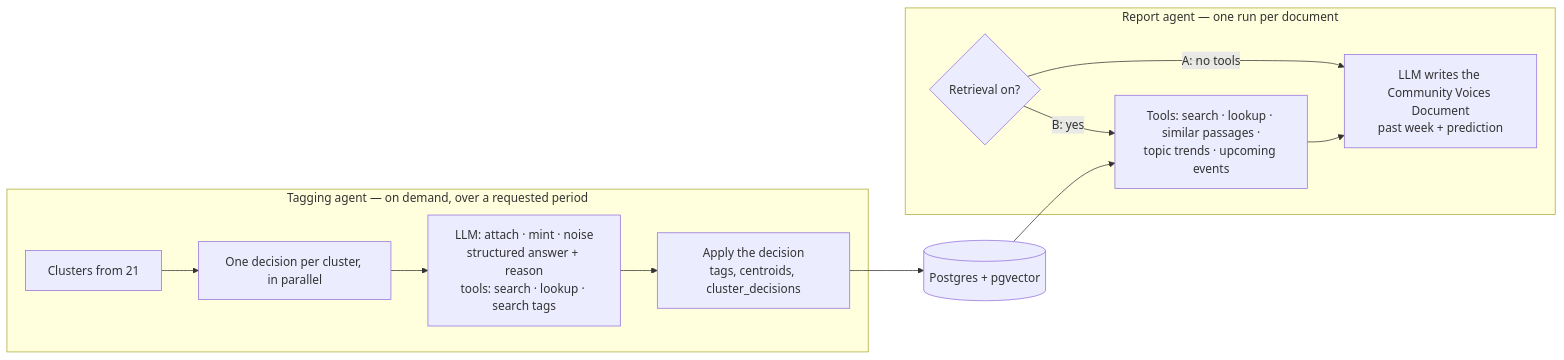
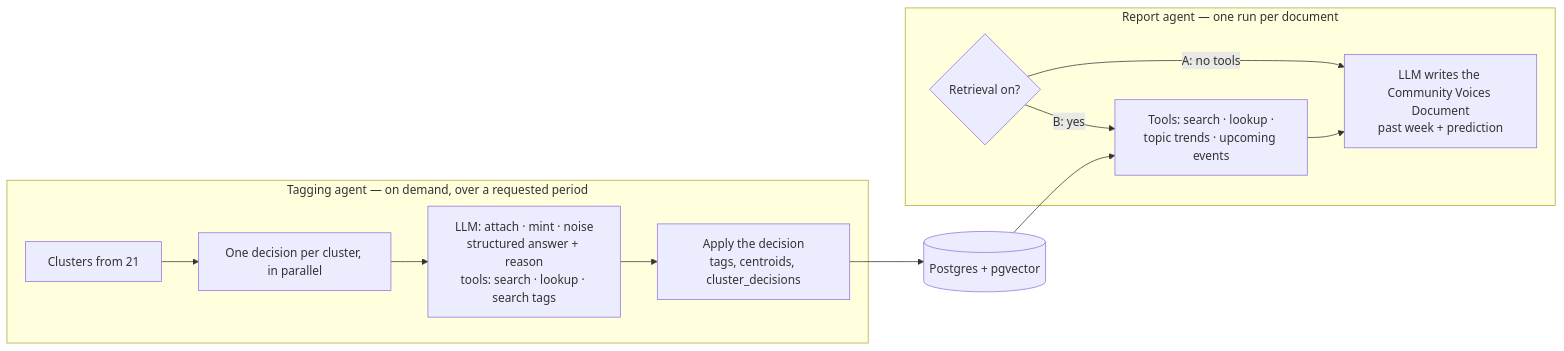
One commit to brianaderer/transcendent changed the diagram in docs/atlas/60-agents.md. Above: the diagram before and after it, drawn with Mermaid. The commit also changed other lines of this file, not shown here.

Commit message:
Atlas: 60 (draft) search is semantic (pgvector); drop the separate similarity tool

````diff
--- a/docs/atlas/60-agents.md
+++ b/docs/atlas/60-agents.md
@@ -11,19 +11,19 @@
 ```mermaid
 flowchart LR
     subgraph TAG["Tagging agent — on demand, over a requested period"]
         C["Clusters from 21"]
         FAN["One decision per cluster, in parallel"]
         DEC["LLM: attach · mint · noise<br/>structured answer + reason<br/>tools: search · lookup · search tags"]
         APPLY["Apply the decision<br/>tags, centroids, cluster_decisions"]
         C --> FAN --> DEC --> APPLY
     end
     subgraph REP["Report agent — one run per document"]
         SW{"Retrieval on?"}
-        TOOLS["Tools: search · lookup · similar passages ·<br/>topic trends · upcoming events"]
+        TOOLS["Tools: search · lookup ·<br/>topic trends · upcoming events"]
         WRITE["LLM writes the Community Voices Document<br/>past week + prediction"]
         SW -->|"B: yes"| TOOLS --> WRITE
         SW -->|"A: no tools"| WRITE
     end
     APPLY --> STORE[("Postgres + pgvector")]
     STORE --> TOOLS
 ```
````
